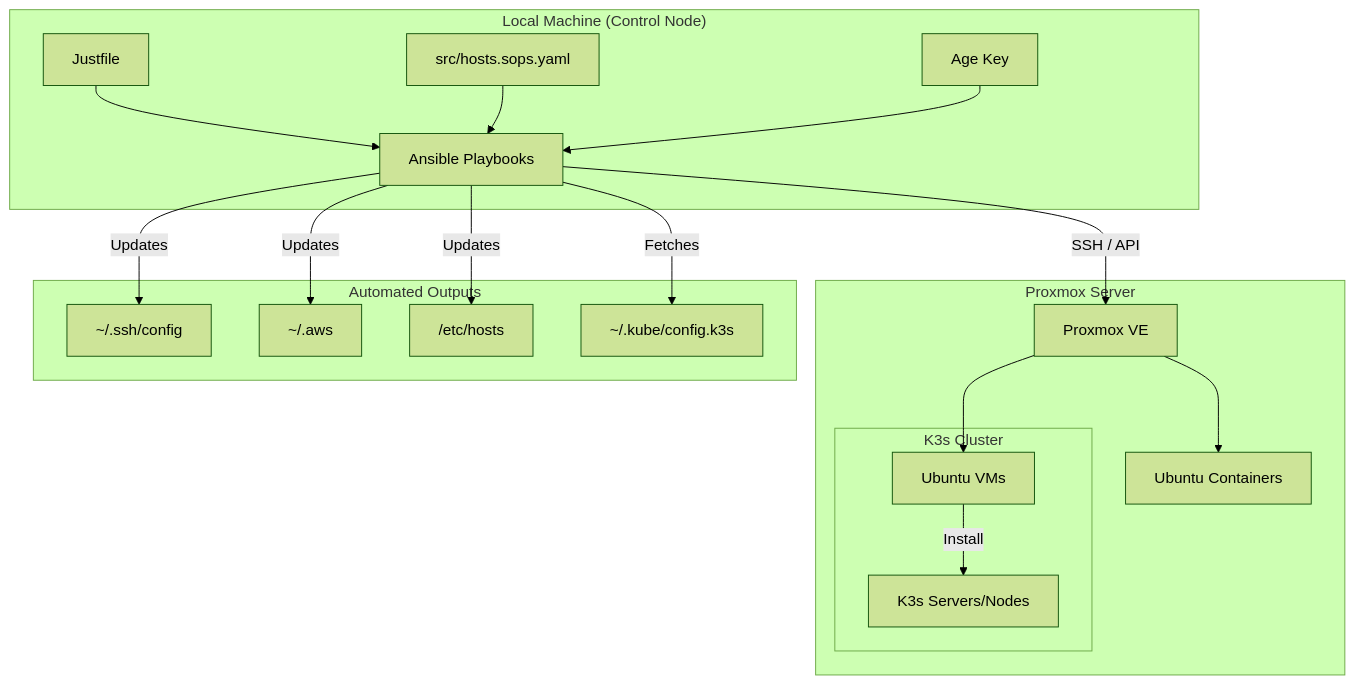
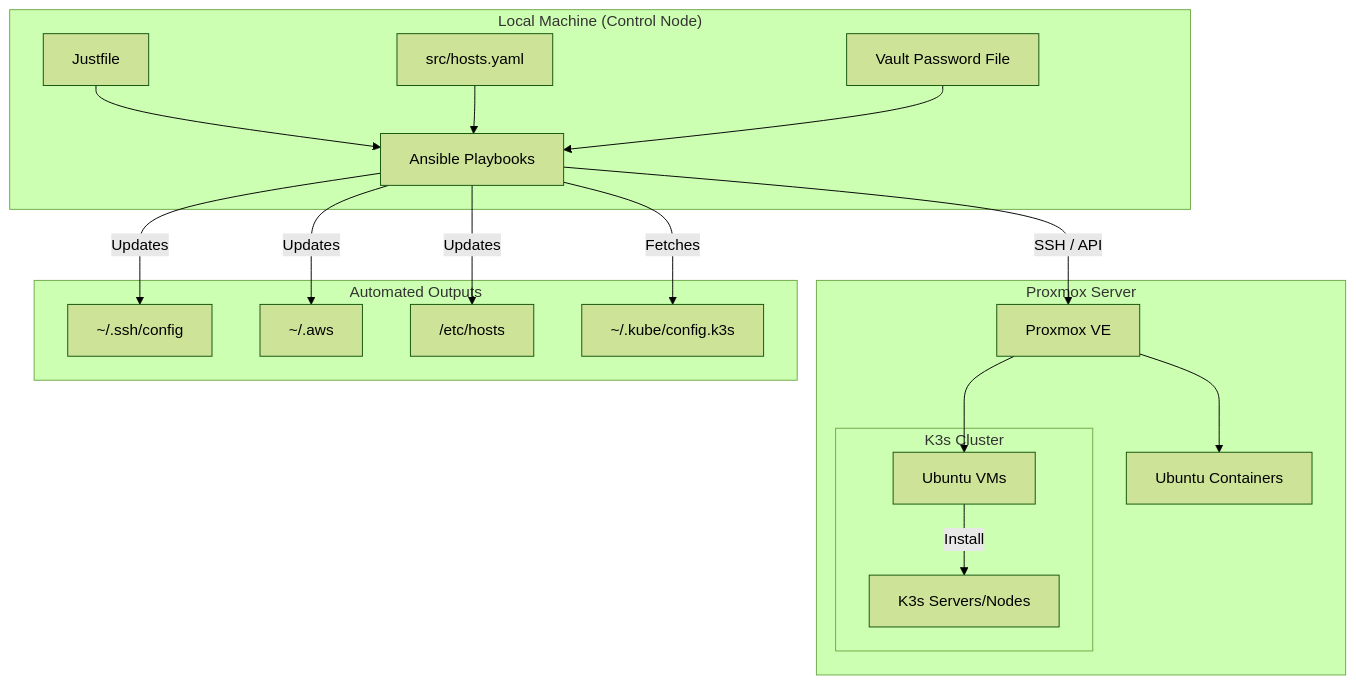
One commit to frankjuniorr/homelab-iac changed the first of 2 diagrams in README.md. Above: the diagram before and after it, drawn with Mermaid (forest theme). The commit also changed other lines of this file and 6 other files, not shown here.

Commit message:
Replace SOPS encrypt to Ansible-vault

````diff
--- a/README.md
+++ b/README.md
@@ -55,25 +53,25 @@
 ```mermaid
 graph TD
     subgraph Localhost ["Local Machine (Control Node)"]
         J[Justfile] --> A[Ansible Playbooks]
-        H["src/hosts.sops.yaml"] --> A
-        AGE[Age Key] --> A
+        H["src/hosts.yaml"] --> A
+        VP[Vault Password File] --> A
     end
 
     subgraph ProxmoxHost ["Proxmox Server"]
         A -- SSH / API --> P[Proxmox VE]
         P --> VM[Ubuntu VMs]
         P --> LXC[Ubuntu Containers]
         
         subgraph Cluster ["K3s Cluster"]
             VM -- Install --> K[K3s Servers/Nodes]
         end
     end
 
     subgraph Outputs ["Automated Outputs"]
         A -- Updates --> SC["~/.ssh/config"]
         A -- Updates --> AC["~/.aws"]
         A -- Updates --> EH["/etc/hosts"]
         A -- Fetches --> KC["~/.kube/config.k3s"]
     end
 ```
````
